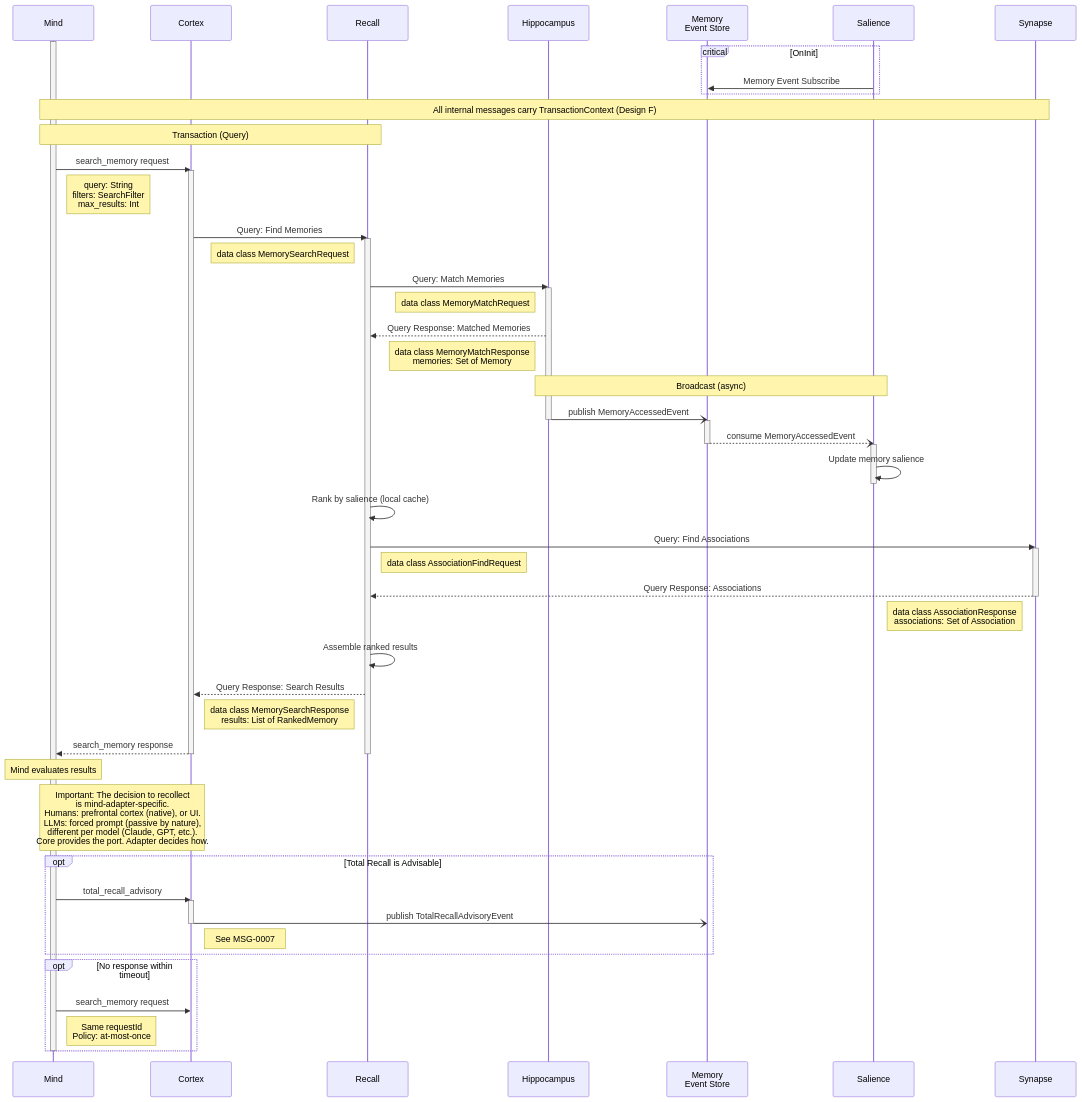
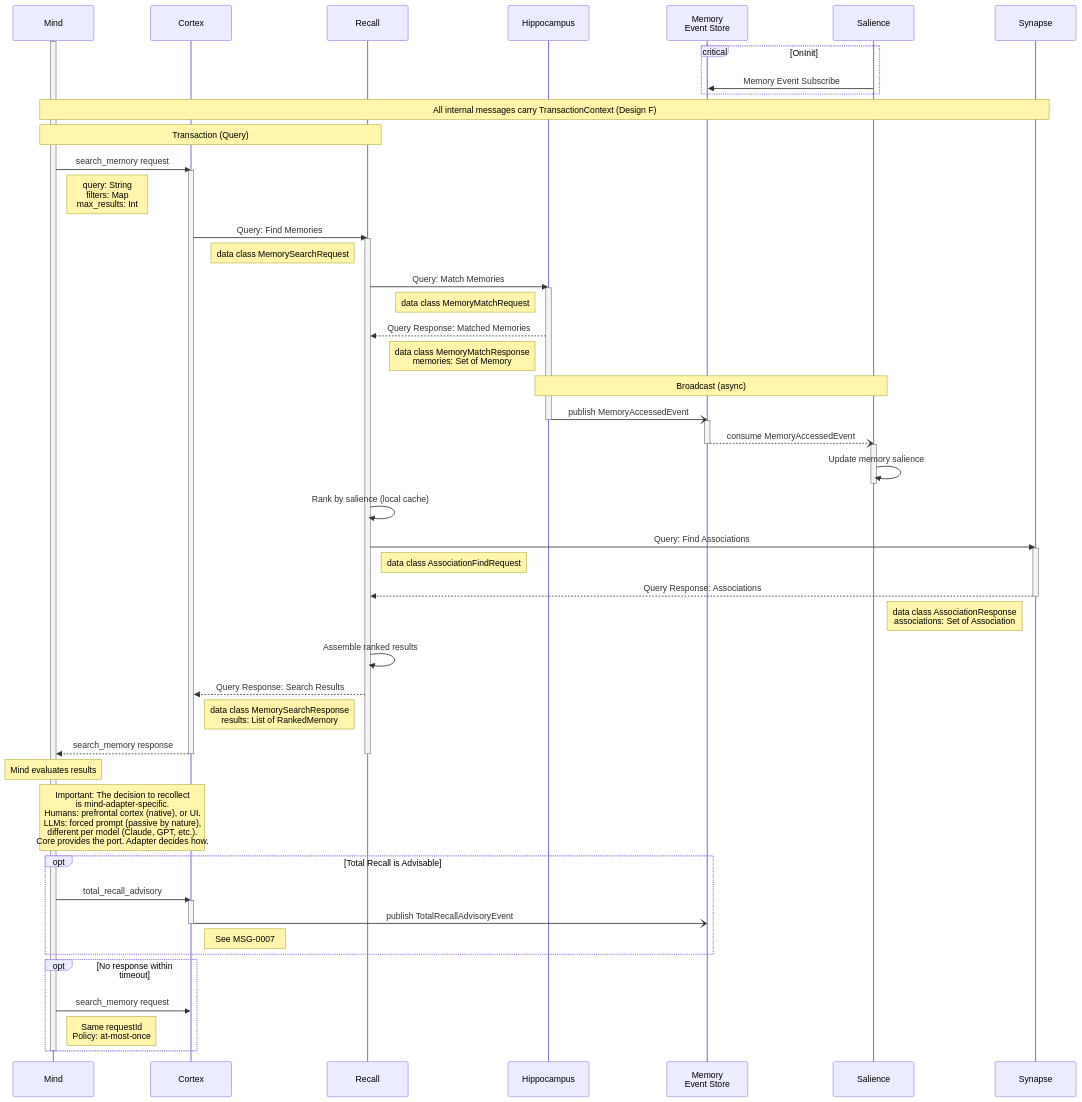
The diagram in site/_includes/diagrams/msg-0002-search-memory.mmd (Mimis-Gildi/mcp-total-recall), drawn with Mermaid before and after one commit. The commit also changed 6 other files, not shown here.

Commit message:
Adit general architecture.

```diff
--- a/site/_includes/diagrams/msg-0002-search-memory.mmd
+++ b/site/_includes/diagrams/msg-0002-search-memory.mmd
@@ -1,79 +1,79 @@
 sequenceDiagram
     participant M as Mind
     participant CX as Cortex
     participant RC as Recall
     participant HP as Hippocampus
     participant MES as Memory<br/> Event Store
     participant SL as Salience
     participant SY as Synapse
 
     activate M
 
     critical OnInit
         SL ->> MES: Memory Event Subscribe
     end
 
     Note over M,SY: All internal messages carry TransactionContext (Design F)
 
     Note over M,RC: Transaction (Query)
     M->>CX: search_memory request
     activate CX
-    Note right of M: query: String<br/>filters: SearchFilter<br/>max_results: Int
+    Note right of M: query: String<br/>filters: Map<br/>max_results: Int
 
     CX->>RC: Query: Find Memories
     activate RC
     Note left of RC: data class MemorySearchRequest
 
     RC->>HP: Query: Match Memories
     activate HP
     Note left of HP: data class MemoryMatchRequest
 
     HP-->>RC: Query Response: Matched Memories
     Note left of HP: data class MemoryMatchResponse<br/>memories: Set of Memory
 
     Note over HP,SL: Broadcast (async)
     HP-)MES: publish MemoryAccessedEvent
     deactivate HP
     activate MES
     MES--)SL: consume MemoryAccessedEvent
     deactivate MES
     activate SL
     SL->>SL: Update memory salience
     deactivate SL
 
     RC->>RC: Rank by salience (local cache)
 
     RC->>SY: Query: Find Associations
     activate SY
     Note right of RC: data class AssociationFindRequest
 
     SY-->>RC: Query Response: Associations
     deactivate SY
     Note left of SY: data class AssociationResponse<br/>associations: Set of Association
 
     RC->>RC: Assemble ranked results
 
     RC-->>CX: Query Response: Search Results
     Note left of RC: data class MemorySearchResponse<br/>results: List of RankedMemory
 
     CX-->>M: search_memory response
     deactivate CX
     deactivate RC
 
     Note over M: Mind evaluates results
     Note over M,CX: Important: The decision to recollect<br/>is mind-adapter-specific.<br/>Humans: prefrontal cortex (native), or UI.<br/>LLMs: forced prompt (passive by nature),<br/>different per model (Claude, GPT, etc.).<br/>Core provides the port. Adapter decides how.
 
     opt Total Recall is Advisable
         M->>CX: total_recall_advisory
         activate CX
         CX-)MES: publish TotalRecallAdvisoryEvent
         deactivate CX
         Note right of CX: See MSG-0007
     end
 
     opt No response within timeout
         M->>CX: search_memory request
         Note right of M: Same requestId<br/>Policy: at-most-once
     end
 
     deactivate M
```
